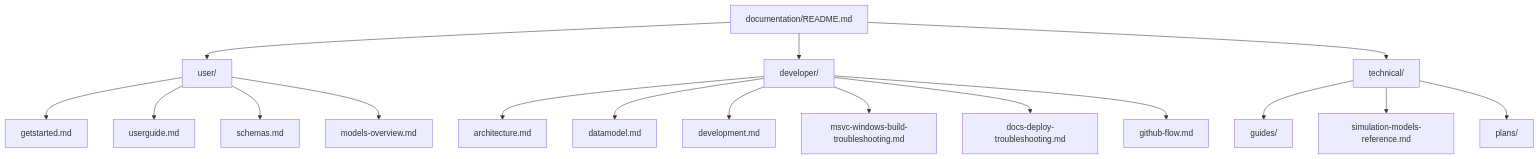
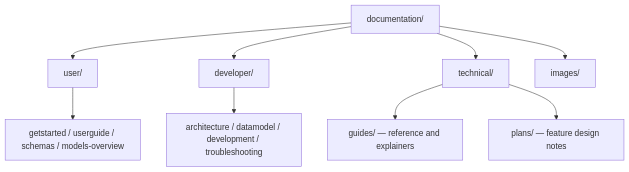
The diagram in documentation/README.md (imperialCHEPI/healthgps), drawn with Mermaid before and after one commit. The commit also changed other lines of this file and 6 other files, not shown here.

````diff
--- a/documentation/README.md
+++ b/documentation/README.md
@@ -47,20 +76,12 @@
 ```mermaid
 flowchart TB
-    ROOT[documentation/README.md]
+    ROOT[documentation/]
     ROOT --> USER[user/]
     ROOT --> DEV[developer/]
     ROOT --> TECH[technical/]
-    USER --> GS[getstarted.md]
-    USER --> UG[userguide.md]
-    USER --> SCH[schemas.md]
-    USER --> MOD[models-overview.md]
-    DEV --> ARCH[architecture.md]
-    DEV --> DM[datamodel.md]
-    DEV --> DV[development.md]
-    DEV --> MSVC[msvc-windows-build-troubleshooting.md]
-    DEV --> DOCSDEP[docs-deploy-troubleshooting.md]
-    DEV --> GH[github-flow.md]
-    TECH --> GUIDES[guides/]
-    TECH --> MODELREF[simulation-models-reference.md]
-    TECH --> PLANS[plans/]
+    ROOT --> IMG[images/]
+    USER --> GS[getstarted / userguide / schemas / models-overview]
+    DEV --> ARCH[architecture / datamodel / development / troubleshooting]
+    TECH --> GUIDES[guides/ — reference and explainers]
+    TECH --> PLANS[plans/ — feature design notes]
 ```
````
